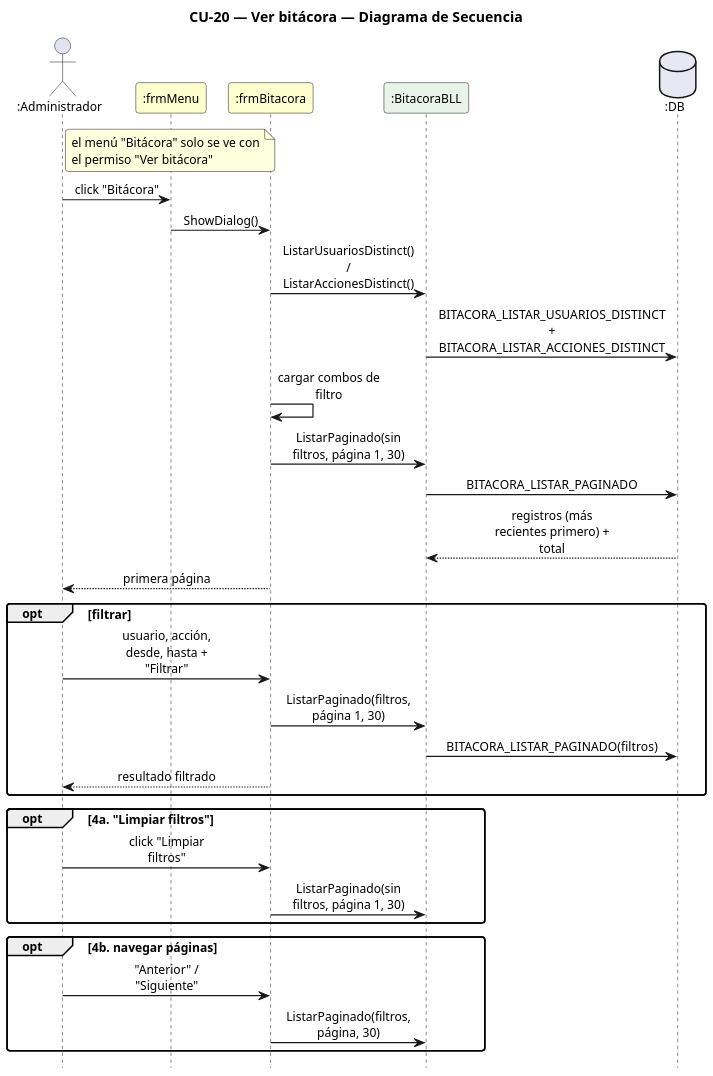
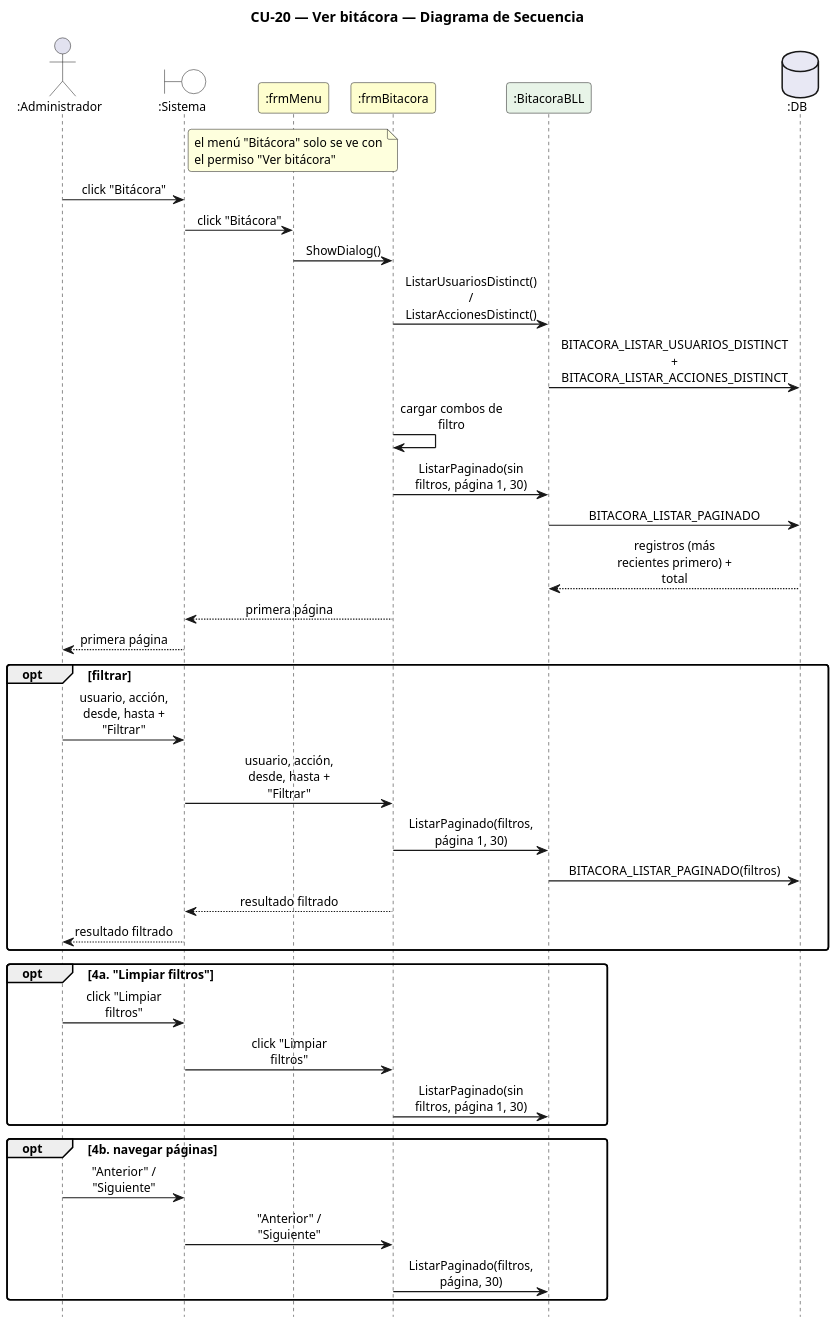
The diagram in DIAGRAMAS/DiagramaSecuencia_CU20_VerBitacora.puml (Urrels/ingenieria_software), drawn with PlantUML before and after one commit. The commit also changed 78 other files, not shown here.

First line of the commit message:
Diagramas de secuencia: carril :Sistema entre el actor y las clases

```diff
--- a/DIAGRAMAS/DiagramaSecuencia_CU20_VerBitacora.puml
+++ b/DIAGRAMAS/DiagramaSecuencia_CU20_VerBitacora.puml
@@ -1,47 +1,54 @@
 @startuml DiagramaSecuencia_CU20_VerBitacora
 
 title CU-20 — Ver bitácora — Diagrama de Secuencia
 
 skinparam shadowing false
 skinparam roundcorner 6
 skinparam sequenceArrowThickness 1.2
 skinparam ParticipantPadding 6
 skinparam BoxPadding 4
 skinparam maxMessageSize 115
 skinparam sequenceMessageAlign center
 skinparam defaultFontSize 12
 skinparam dpi 140
 hide footbox
 
 actor ":Administrador" as A
+boundary ":Sistema" as SYS #FFFFFF
 participant ":frmMenu" as M #FEFECE
 participant ":frmBitacora" as F #FEFECE
 participant ":BitacoraBLL" as B #E8F4E8
 database ":DB" as DB #E8E8F4
 
 note over M : el menú "Bitácora" solo se ve con\nel permiso "Ver bitácora"
-A -> M : click "Bitácora"
+A -> SYS : click "Bitácora"
+SYS -> M : click "Bitácora"
 M -> F : ShowDialog()
 F -> B : ListarUsuariosDistinct() / ListarAccionesDistinct()
 B -> DB : BITACORA_LISTAR_USUARIOS_DISTINCT\n+ BITACORA_LISTAR_ACCIONES_DISTINCT
 F -> F : cargar combos de filtro
 F -> B : ListarPaginado(sin filtros, página 1, 30)
 B -> DB : BITACORA_LISTAR_PAGINADO
 DB --> B : registros (más recientes primero) + total
-F --> A : primera página
+F --> SYS : primera página
+SYS --> A : primera página
 opt filtrar
-  A -> F : usuario, acción, desde, hasta + "Filtrar"
+  A -> SYS : usuario, acción, desde, hasta + "Filtrar"
+  SYS -> F : usuario, acción, desde, hasta + "Filtrar"
   F -> B : ListarPaginado(filtros, página 1, 30)
   B -> DB : BITACORA_LISTAR_PAGINADO(filtros)
-  F --> A : resultado filtrado
+  F --> SYS : resultado filtrado
+  SYS --> A : resultado filtrado
 end
 opt 4a. "Limpiar filtros"
-  A -> F : click "Limpiar filtros"
+  A -> SYS : click "Limpiar filtros"
+  SYS -> F : click "Limpiar filtros"
   F -> B : ListarPaginado(sin filtros, página 1, 30)
 end
 opt 4b. navegar páginas
-  A -> F : "Anterior" / "Siguiente"
+  A -> SYS : "Anterior" / "Siguiente"
+  SYS -> F : "Anterior" / "Siguiente"
   F -> B : ListarPaginado(filtros, página, 30)
 end
 
 @enduml
```
